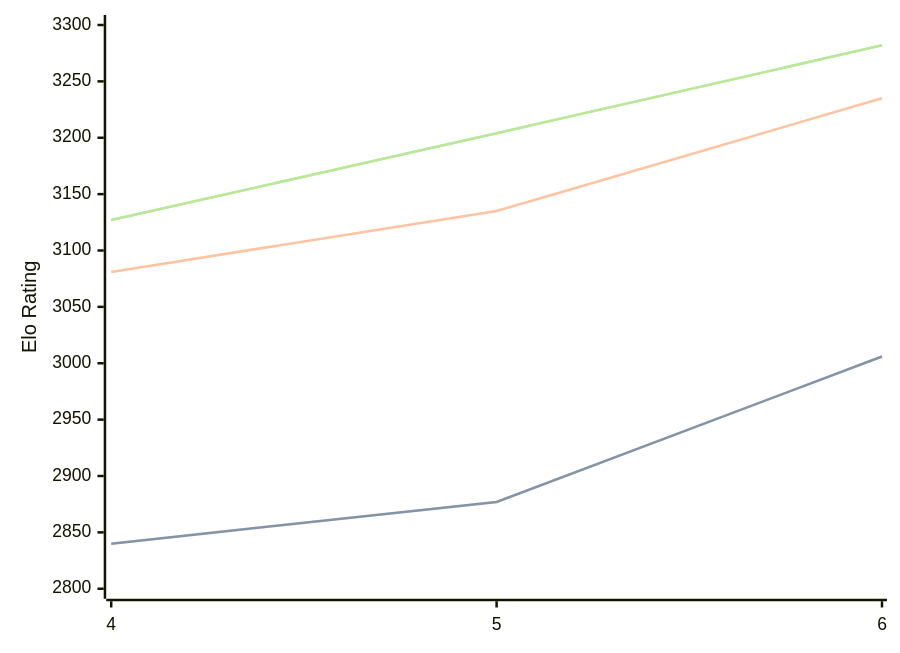
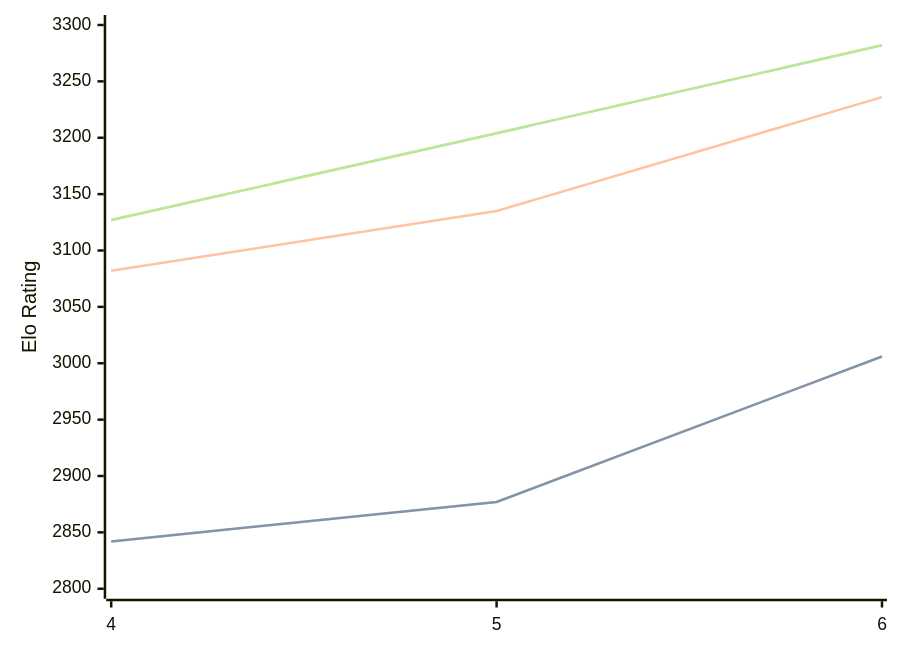
One commit to computer-chess-index/cci changed the diagram in engines/Cwtch.md. Above: the diagram before and after it, drawn with Mermaid. The commit also changed other lines of this file, not shown here.

````diff
--- a/engines/Cwtch.md
+++ b/engines/Cwtch.md
@@ -34,11 +34,11 @@
 ```mermaid
 %%{init: {"theme":"base","themeVariables":{"seriesColors:['#a3a3a3','#222221','#faa371']}}}%%
 xychart-beta
   x-axis ["4", "5", "6"]
   y-axis "Elo Rating" 2800 --> 3300
-  line "STC (8.0+0.08s)" [2840, 2877, 3006]
-  line "STC (8.0+0.08s)" [2840, 2877, 3006]
-  line "LTC (60.0+0.60s)" [3081, 3135, 3235]
+  line "STC (8.0+0.08s)" [2842, 2877, 3006]
+  line "STC (8.0+0.08s)" [2842, 2877, 3006]
+  line "LTC (60.0+0.60s)" [3082, 3135, 3236]
   line "VLTC (2m24s+1.12s)" [3127, 3204, 3282]
   line "VLTC (2m24s+1.12s)" [3127, 3204, 3282]
 ```
````
